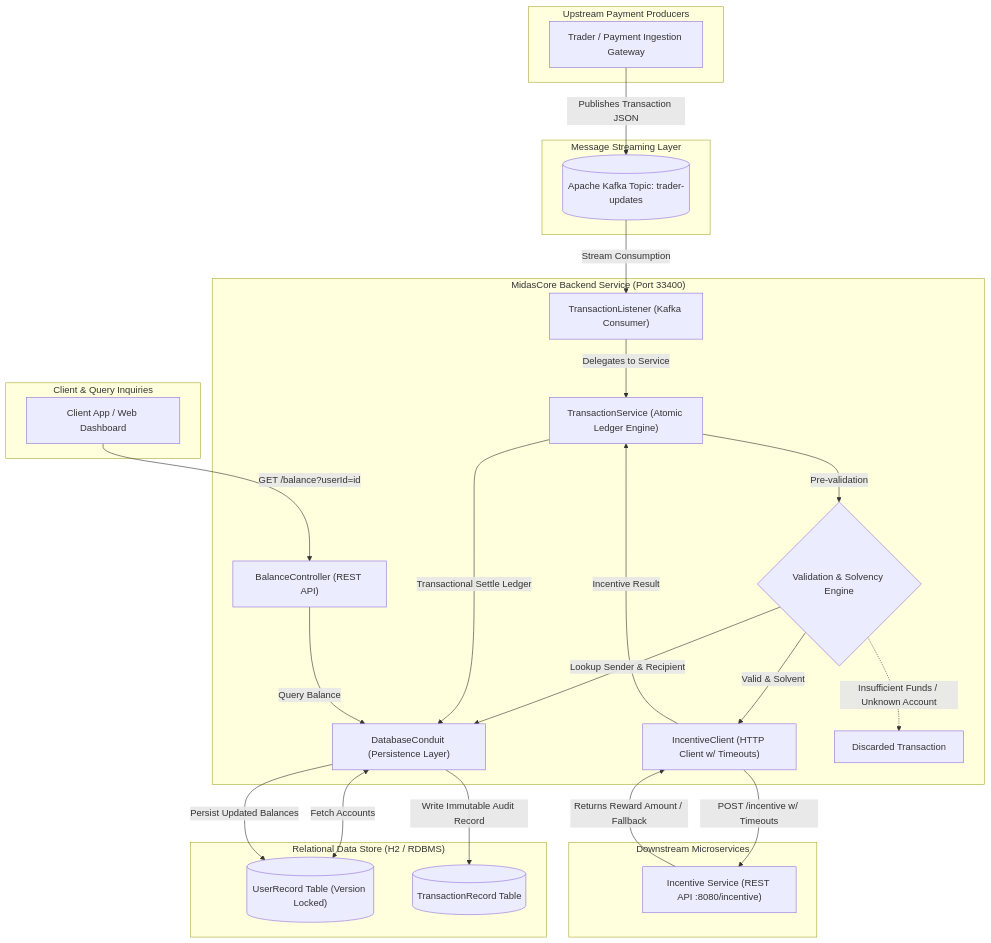
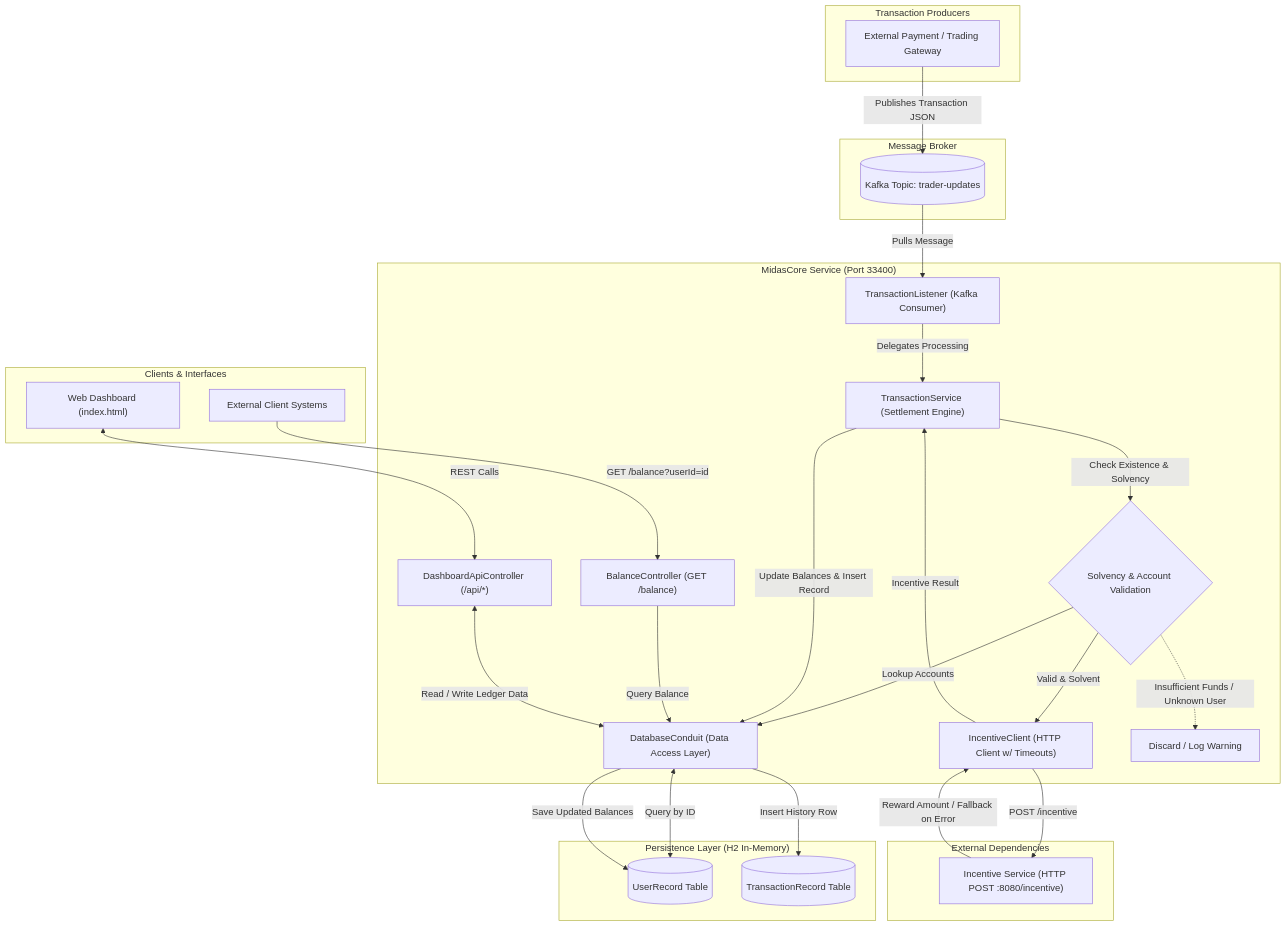
One commit to adil-r120/MidasCore-Real-Time-Financial-Transaction-Processing-System changed the first of 3 diagrams in README.md. Above: the diagram before and after it, drawn with Mermaid. The commit also changed other lines of this file, not shown here.

Commit message:
docs: audit and correct technical claims, attribution, and architecture in README

````diff
--- a/README.md
+++ b/README.md
@@ -54,54 +68,58 @@
 ```mermaid
 flowchart TD
-    subgraph Event_Producer ["Upstream Payment Producers"]
-        TP["Trader / Payment Ingestion Gateway"]
+    subgraph Event_Producer ["Transaction Producers"]
+        TP["External Payment / Trading Gateway"]
     end
 
-    subgraph Messaging ["Message Streaming Layer"]
-        KT[("Apache Kafka Topic: trader-updates")]
+    subgraph Messaging ["Message Broker"]
+        KT[("Kafka Topic: trader-updates")]
     end
 
-    subgraph MidasCore_App ["MidasCore Backend Service (Port 33400)"]
+    subgraph MidasCore_App ["MidasCore Service (Port 33400)"]
         TL["TransactionListener (Kafka Consumer)"]
-        TS["TransactionService (Atomic Ledger Engine)"]
+        TS["TransactionService (Settlement Engine)"]
         IC["IncentiveClient (HTTP Client w/ Timeouts)"]
-        VAL{"Validation & Solvency Engine"}
-        DC["DatabaseConduit (Persistence Layer)"]
-        BC["BalanceController (REST API)"]
-        REJ["Discarded Transaction"]
+        VAL{"Solvency & Account Validation"}
+        DC["DatabaseConduit (Data Access Layer)"]
+        BC["BalanceController (GET /balance)"]
+        DAC["DashboardApiController (/api/*)"]
+        REJ["Discard / Log Warning"]
     end
 
-    subgraph External_Services ["Downstream Microservices"]
-        IS["Incentive Service (REST API :8080/incentive)"]
+    subgraph External_Services ["External Dependencies"]
+        IS["Incentive Service (HTTP POST :8080/incentive)"]
     end
 
-    subgraph Persistence ["Relational Data Store (H2 / RDBMS)"]
-        UR[("UserRecord Table (Version Locked)")]
+    subgraph Persistence ["Persistence Layer (H2 In-Memory)"]
+        UR[("UserRecord Table")]
         TR[("TransactionRecord Table")]
     end
 
-    subgraph Consumers ["Client & Query Inquiries"]
-        Client["Client App / Web Dashboard"]
+    subgraph Consumers ["Clients & Interfaces"]
+        Client["External Client Systems"]
+        UI["Web Dashboard (index.html)"]
     end
 
     %% Flow connections
     TP -->|Publishes Transaction JSON| KT
-    KT -->|Stream Consumption| TL
-    TL -->|Delegates to Service| TS
-    TS -->|Pre-validation| VAL
-    VAL -->|Lookup Sender & Recipient| DC
-    DC <-->|Fetch Accounts| UR
+    KT -->|Pulls Message| TL
+    TL -->|Delegates Processing| TS
+    TS -->|Check Existence & Solvency| VAL
+    VAL -->|Lookup Accounts| DC
+    DC <-->|Query by ID| UR
 
     VAL -->|Valid & Solvent| IC
-    IC -->|POST /incentive w/ Timeouts| IS
-    IS -->|Returns Reward Amount / Fallback| IC
+    IC -->|POST /incentive| IS
+    IS -->|Reward Amount / Fallback on Error| IC
     IC -->|Incentive Result| TS
-    VAL -.->|Insufficient Funds / Unknown Account| REJ
+    VAL -.->|Insufficient Funds / Unknown User| REJ
 
-    TS -->|Transactional Settle Ledger| DC
-    DC -->|Persist Updated Balances| UR
-    DC -->|Write Immutable Audit Record| TR
+    TS -->|Update Balances & Insert Record| DC
+    DC -->|Save Updated Balances| UR
+    DC -->|Insert History Row| TR
 
     Client -->|GET /balance?userId=id| BC
     BC -->|Query Balance| DC
+    UI <-->|REST Calls| DAC
+    DAC <-->|Read / Write Ledger Data| DC
 ```
````
